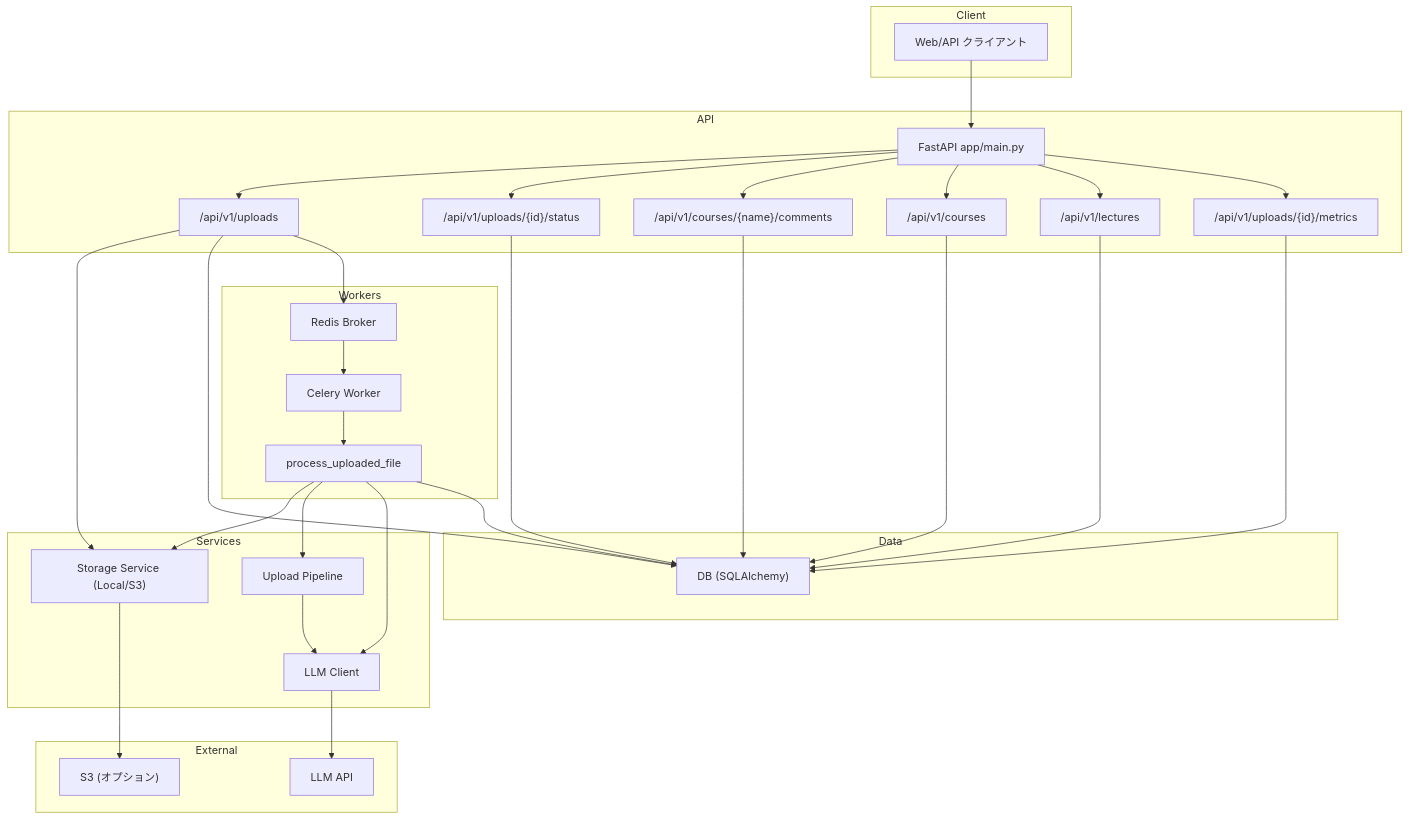
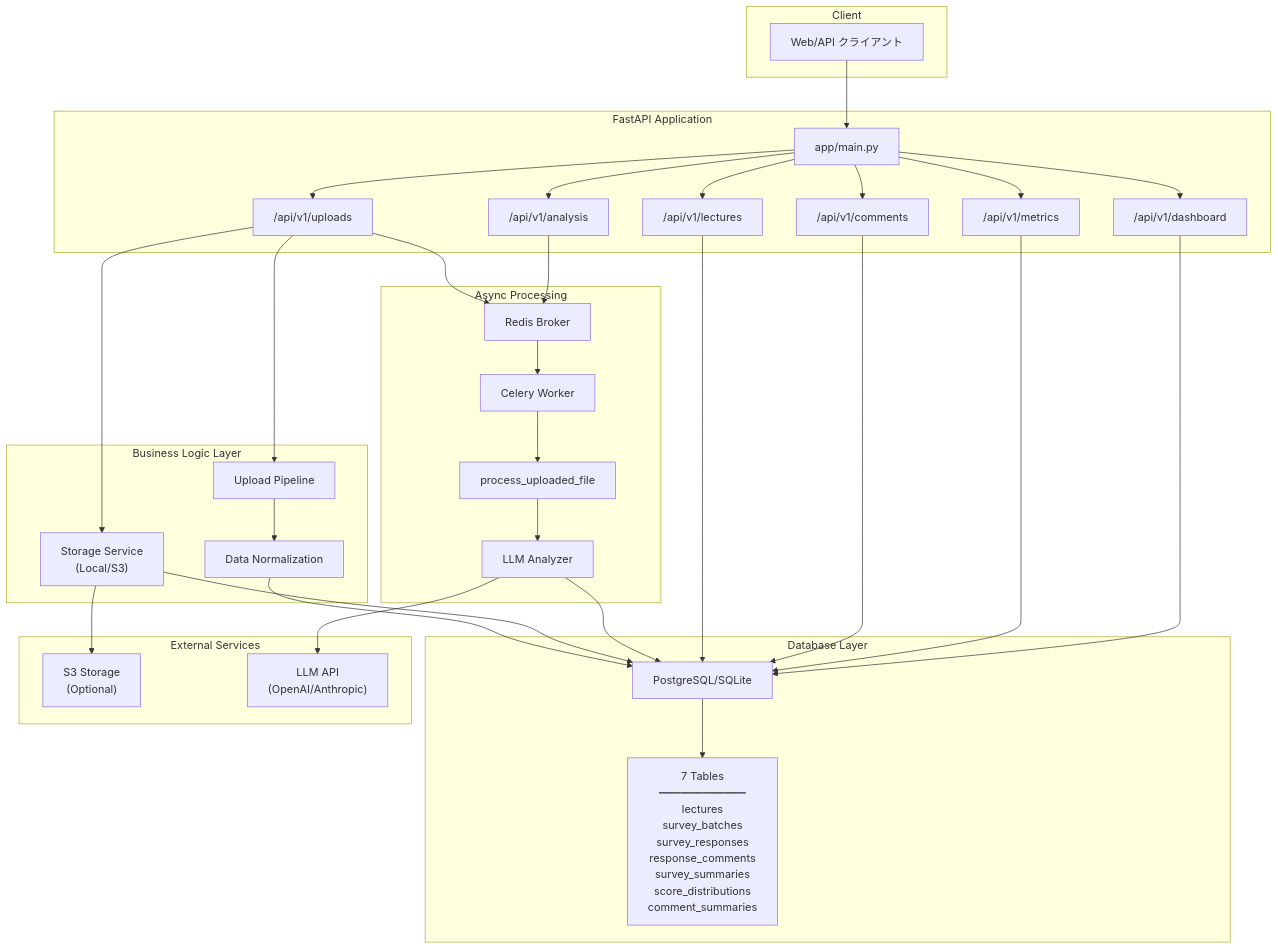
The diagram in docs/dataflow.md (yt1970/AIE-DXproject_1_back), drawn with Mermaid before and after one commit. The commit also changed other lines of this file and 30 other files, not shown here.

First line of the commit message:
refactor: large-scale schema refactoring and API updates

````diff
--- a/docs/dataflow.md
+++ b/docs/dataflow.md
@@ -5,66 +7,70 @@
 ```mermaid
 graph TB
     subgraph Client
         Web["Web/API クライアント"]
     end
 
-    subgraph API
-        FastAPI["FastAPI app/main.py"]
+    subgraph API["FastAPI Application"]
+        FastAPI["app/main.py"]
         Upload["/api/v1/uploads"]
-        Status["/api/v1/uploads/{id}/status"]
-        Comments["/api/v1/courses/{name}/comments"]
-        Courses["/api/v1/courses"]
         Lectures["/api/v1/lectures"]
-        Metrics["/api/v1/uploads/{id}/metrics"]
+        Comments["/api/v1/comments"]
+        Metrics["/api/v1/metrics"]
+        Dashboard["/api/v1/dashboard"]
+        Analysis["/api/v1/analysis"]
     end
 
-    subgraph Services
-        Storage["Storage Service (Local/S3)"]
-        LLM["LLM Client"]
+    subgraph Services["Business Logic Layer"]
+        Storage["Storage Service<br/>(Local/S3)"]
         Pipeline["Upload Pipeline"]
+        Normalization["Data Normalization"]
     end
 
-    subgraph Workers
+    subgraph Workers["Async Processing"]
         Celery["Celery Worker"]
         Redis["Redis Broker"]
         Task["process_uploaded_file"]
+        LLM["LLM Analyzer"]
     end
 
-    subgraph Data
-        DB["DB (SQLAlchemy)"]
+    subgraph Database["Database Layer"]
+        DB["PostgreSQL/SQLite"]
+        Tables["7 Tables<br/>━━━━━━━━<br/>lectures<br/>survey_batches<br/>survey_responses<br/>response_comments<br/>survey_summaries<br/>score_distributions<br/>comment_summaries"]
     end
 
-    subgraph External
-        S3["S3 (オプション)"]
-        LLMAPI["LLM API"]
+    subgraph External["External Services"]
+        S3["S3 Storage<br/>(Optional)"]
+        LLMAPI["LLM API<br/>(OpenAI/Anthropic)"]
     end
 
     Web --> FastAPI
     FastAPI --> Upload
-    FastAPI --> Status
+    FastAPI --> Lectures
     FastAPI --> Comments
-    FastAPI --> Courses
-    FastAPI --> Lectures
     FastAPI --> Metrics
+    FastAPI --> Dashboard
+    FastAPI --> Analysis
 
     Upload --> Storage
-    Upload --> DB
+    Upload --> Pipeline
     Upload --> Redis
-
-    Status --> DB
-    Comments --> DB
-    Courses --> DB
-    Lectures --> DB
-    Metrics --> DB
+    
+    Pipeline --> Normalization
+    Normalization --> DB
+    Storage --> S3
+    Storage --> DB
 
     Redis --> Celery
     Celery --> Task
-    Task --> Storage
-    Task --> Pipeline
     Task --> LLM
-    Task --> DB
+    LLM --> LLMAPI
+    LLM --> DB
 
-    Pipeline --> LLM
-    Storage --> S3
-    LLM --> LLMAPI
+    Lectures --> DB
+    Comments --> DB
+    Metrics --> DB
+    Dashboard --> DB
+    Analysis --> Redis
+    
+    DB --> Tables
 ```
````
